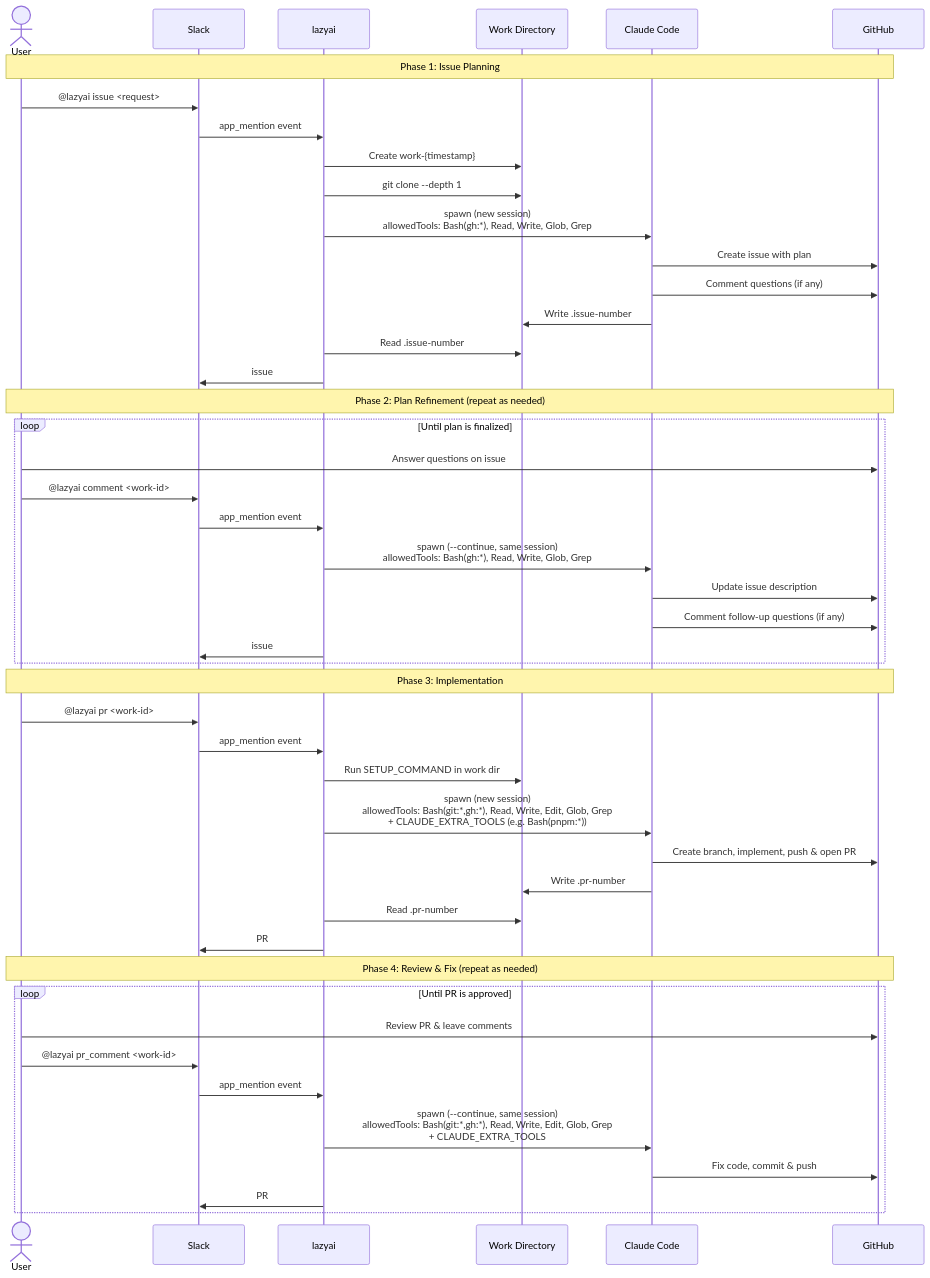
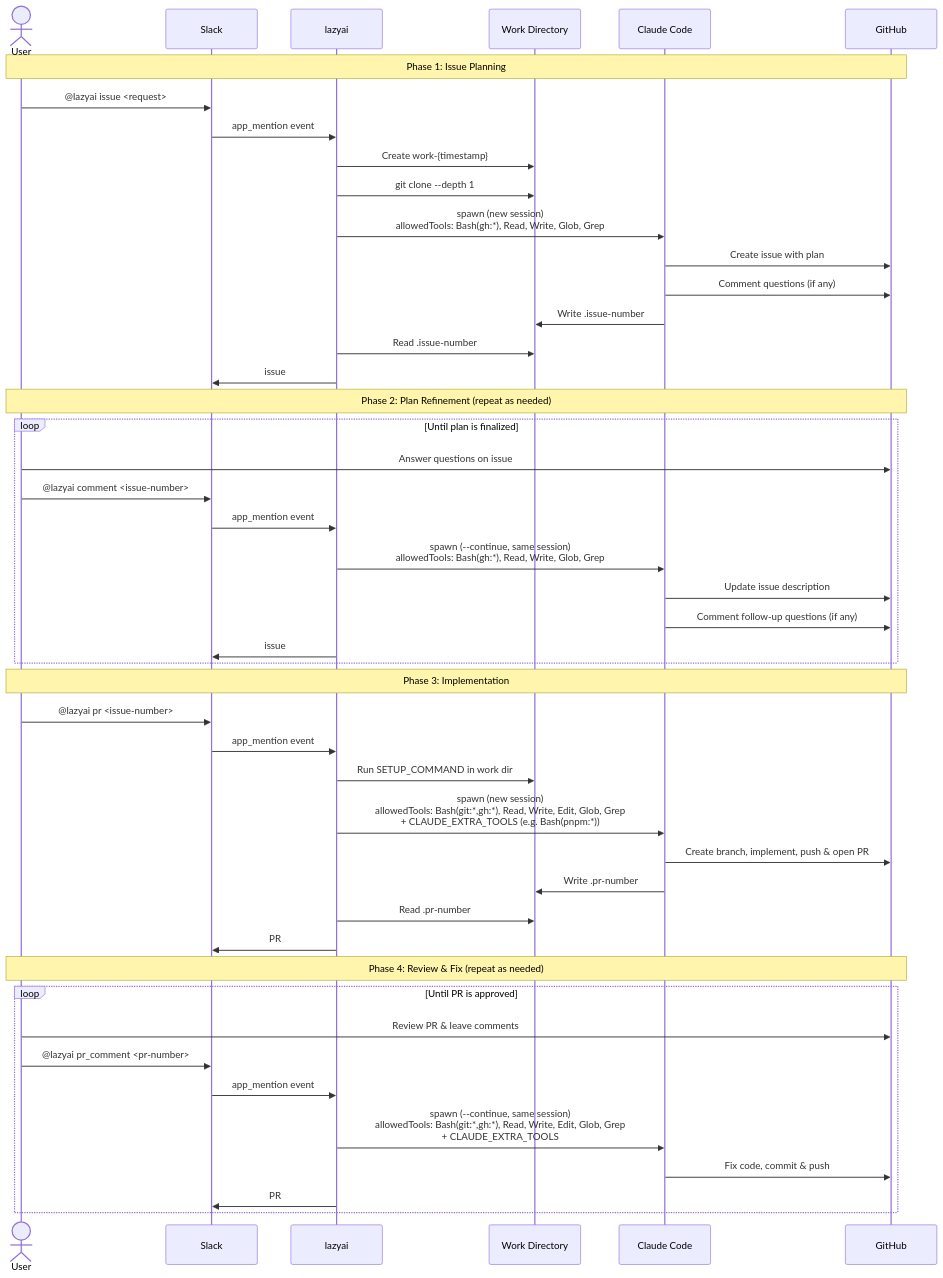
One commit to gtnao/lazyai changed the diagram in README.md. Above: the diagram before and after it, drawn with Mermaid. The commit also changed other lines of this file and 1 other file, not shown here.

Commit message:
Accept issue/PR numbers as identifiers instead of work-ids

````diff
--- a/README.md
+++ b/README.md
@@ -9,56 +9,56 @@
 ```mermaid
 sequenceDiagram
     actor User
     participant Slack
     participant lazyai
     participant FS as Work Directory
     participant Claude as Claude Code
     participant GitHub
 
     Note over User,GitHub: Phase 1: Issue Planning
 
     User->>Slack: @lazyai issue <request>
     Slack->>lazyai: app_mention event
     lazyai->>FS: Create work-{timestamp}
     lazyai->>FS: git clone --depth 1
     lazyai->>Claude: spawn (new session)<br/>allowedTools: Bash(gh:*), Read, Write, Glob, Grep
     Claude->>GitHub: Create issue with plan
     Claude->>GitHub: Comment questions (if any)
     Claude->>FS: Write .issue-number
     lazyai->>FS: Read .issue-number
     lazyai->>Slack: issue #N created (work-xxx)
 
     Note over User,GitHub: Phase 2: Plan Refinement (repeat as needed)
 
     loop Until plan is finalized
         User->>GitHub: Answer questions on issue
-        User->>Slack: @lazyai comment <work-id>
+        User->>Slack: @lazyai comment <issue-number>
         Slack->>lazyai: app_mention event
         lazyai->>Claude: spawn (--continue, same session)<br/>allowedTools: Bash(gh:*), Read, Write, Glob, Grep
         Claude->>GitHub: Update issue description
         Claude->>GitHub: Comment follow-up questions (if any)
         lazyai->>Slack: issue #N updated (work-xxx)
     end
 
     Note over User,GitHub: Phase 3: Implementation
 
-    User->>Slack: @lazyai pr <work-id>
+    User->>Slack: @lazyai pr <issue-number>
     Slack->>lazyai: app_mention event
     lazyai->>FS: Run SETUP_COMMAND in work dir
     lazyai->>Claude: spawn (new session)<br/>allowedTools: Bash(git:*,gh:*), Read, Write, Edit, Glob, Grep<br/>+ CLAUDE_EXTRA_TOOLS (e.g. Bash(pnpm:*))
     Claude->>GitHub: Create branch, implement, push & open PR
     Claude->>FS: Write .pr-number
     lazyai->>FS: Read .pr-number
     lazyai->>Slack: PR #N created (work-xxx)
 
     Note over User,GitHub: Phase 4: Review & Fix (repeat as needed)
 
     loop Until PR is approved
         User->>GitHub: Review PR & leave comments
-        User->>Slack: @lazyai pr_comment <work-id>
+        User->>Slack: @lazyai pr_comment <pr-number>
         Slack->>lazyai: app_mention event
         lazyai->>Claude: spawn (--continue, same session)<br/>allowedTools: Bash(git:*,gh:*), Read, Write, Edit, Glob, Grep<br/>+ CLAUDE_EXTRA_TOOLS
         Claude->>GitHub: Fix code, commit & push
         lazyai->>Slack: PR #N updated (work-xxx)
     end
 ```
````
